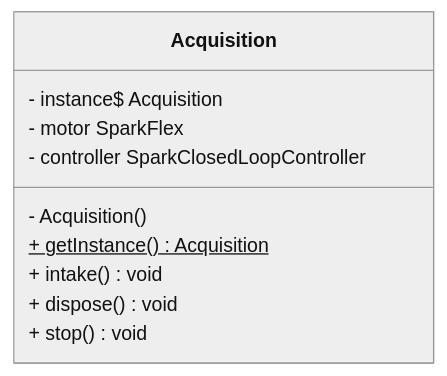
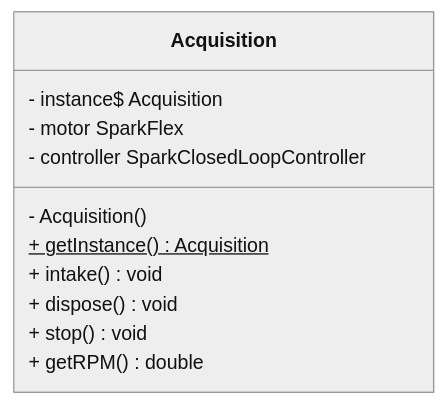
One commit to LakotaRobotics1038/2026RobotProject changed the diagram in src/uml/frc/robot/subsystems/Acquisition.mmd. Above: the diagram before and after it, drawn with Mermaid (neutral theme). The commit also changed 78 other files, not shown here.

Commit message:
Update uml

```diff
--- a/src/uml/frc/robot/subsystems/Acquisition.mmd
+++ b/src/uml/frc/robot/subsystems/Acquisition.mmd
@@ -1,13 +1,14 @@
 classDiagram
   direction LR
 
   class Acquisition {
     - instance$ Acquisition
     - motor SparkFlex
     - controller SparkClosedLoopController
     - Acquisition()
     + getInstance()$ Acquisition
     + intake() void
     + dispose() void
     + stop() void
+    + getRPM() double
   }
```
